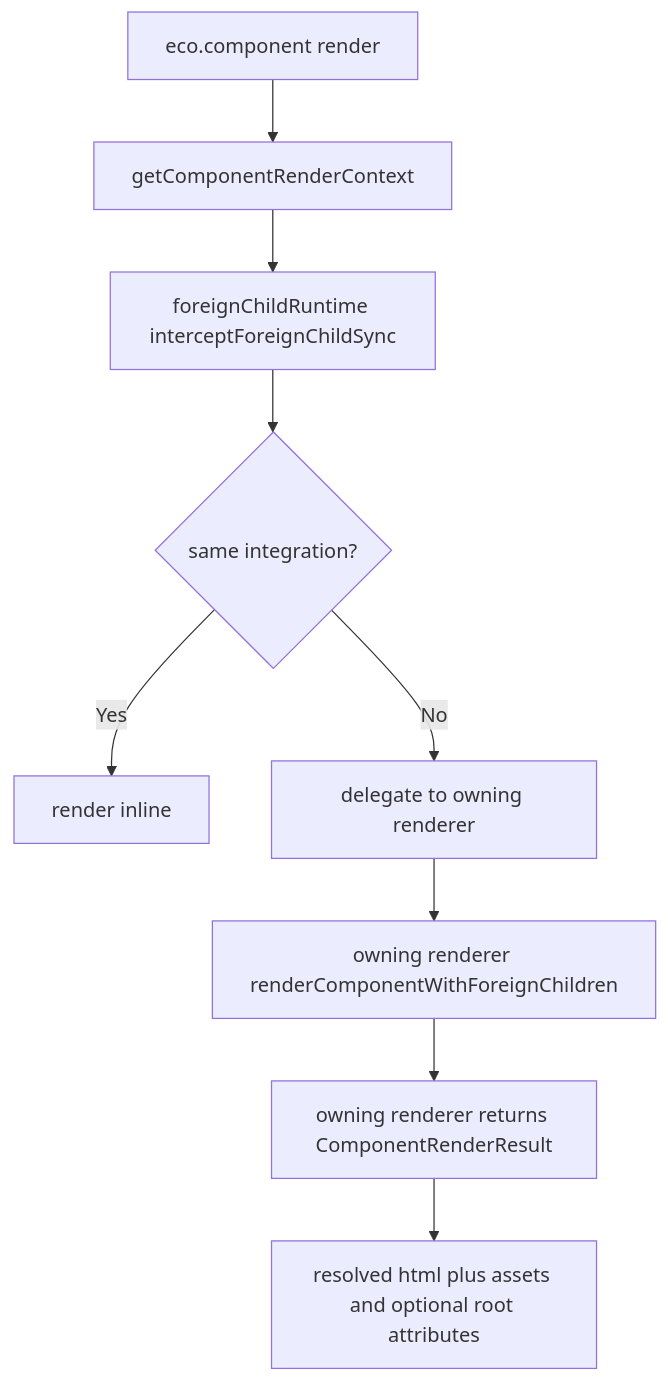
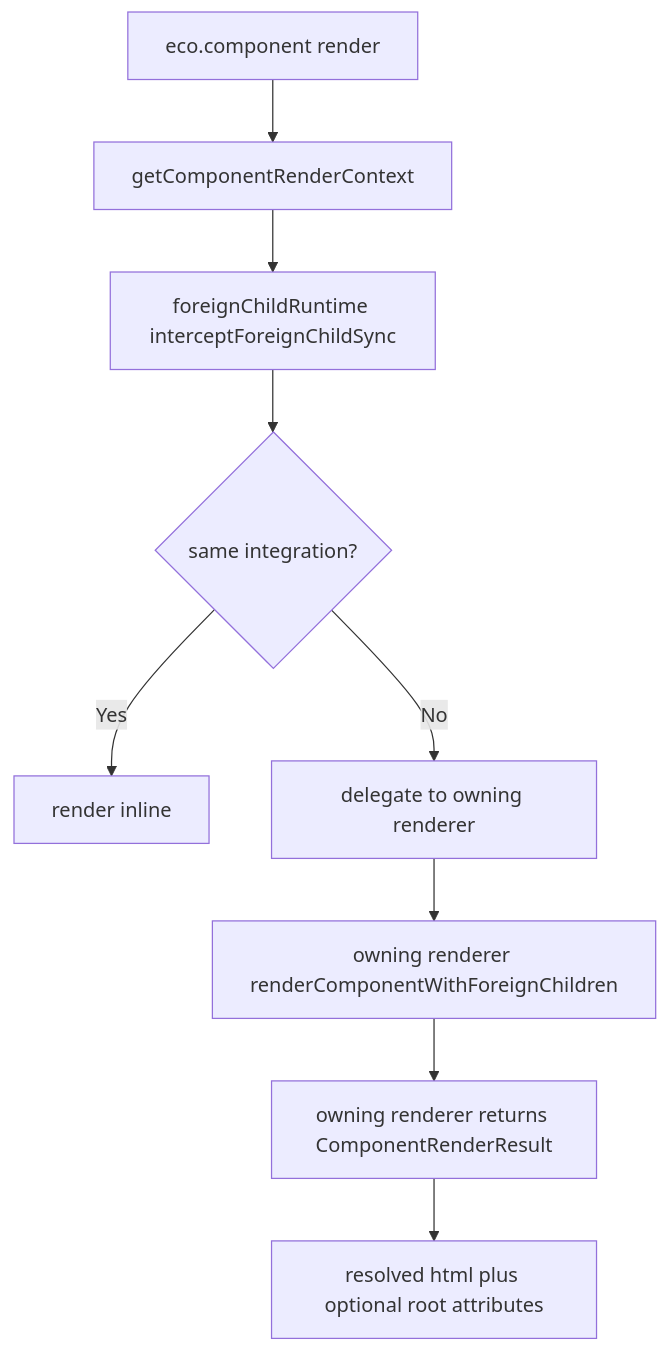
Before and after one commit to ecopages/ecopages: the third of 5 diagrams in packages/core/src/route-renderer/GRAPH.md, drawn with Mermaid. The commit also changed other lines of this file and 40 other files, not shown here.

````diff
--- a/packages/core/src/route-renderer/GRAPH.md
+++ b/packages/core/src/route-renderer/GRAPH.md
@@ -67,11 +67,11 @@
 ```mermaid
 flowchart TD
   A[eco.component render] --> B[getComponentRenderContext]
   B --> C[foreignChildRuntime interceptForeignChildSync]
   C --> D{same integration?}
   D -- Yes --> E[render inline]
   D -- No --> F[delegate to owning renderer]
   F --> G[owning renderer renderComponentWithForeignChildren]
   G --> H[owning renderer returns ComponentRenderResult]
-  H --> I[resolved html plus assets and optional root attributes]
+  H --> I[resolved html plus optional root attributes]
 ```
````
